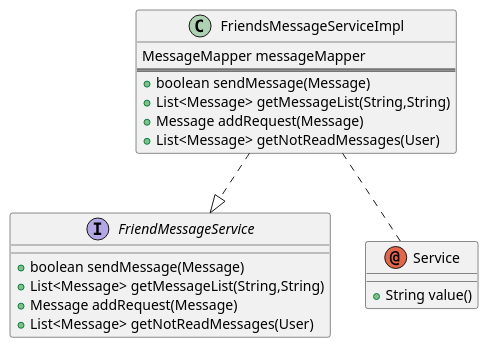
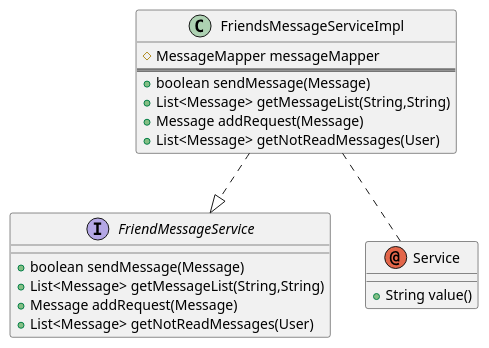
Before and after one commit to Guo-Chenxu/chatroom: the diagram in uml/ServerFriendMessageServiceClassUML.puml, drawn with PlantUML. The commit also changed 16 other files, not shown here.

Commit message:
fix: 完善部分类图 & 增加用户头像

```diff
--- a/uml/ServerFriendMessageServiceClassUML.puml
+++ b/uml/ServerFriendMessageServiceClassUML.puml
@@ -1,26 +1,26 @@
 @startuml
 'https://plantuml.com/class-diagram
 
 interface FriendMessageService{
 +boolean sendMessage(Message)
 +List<Message> getMessageList(String,String)
 +Message addRequest(Message)
 +List<Message> getNotReadMessages(User)
 }
 
 class FriendsMessageServiceImpl {
-MessageMapper messageMapper
+#MessageMapper messageMapper
 ==
 +boolean sendMessage(Message)
 +List<Message> getMessageList(String,String)
 +Message addRequest(Message)
 +List<Message> getNotReadMessages(User)
 }
 
 annotation Service{
 +String value()
 }
 
 FriendsMessageServiceImpl ..|> FriendMessageService
 FriendsMessageServiceImpl .. Service
 @enduml
```
